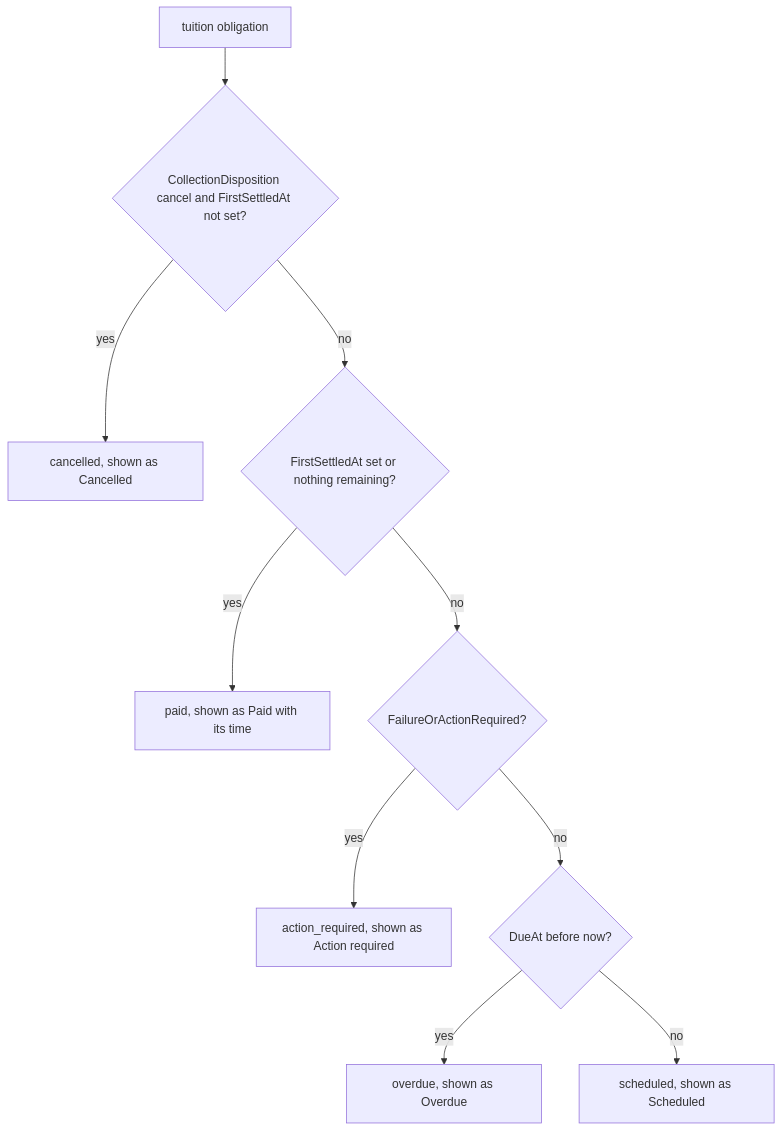
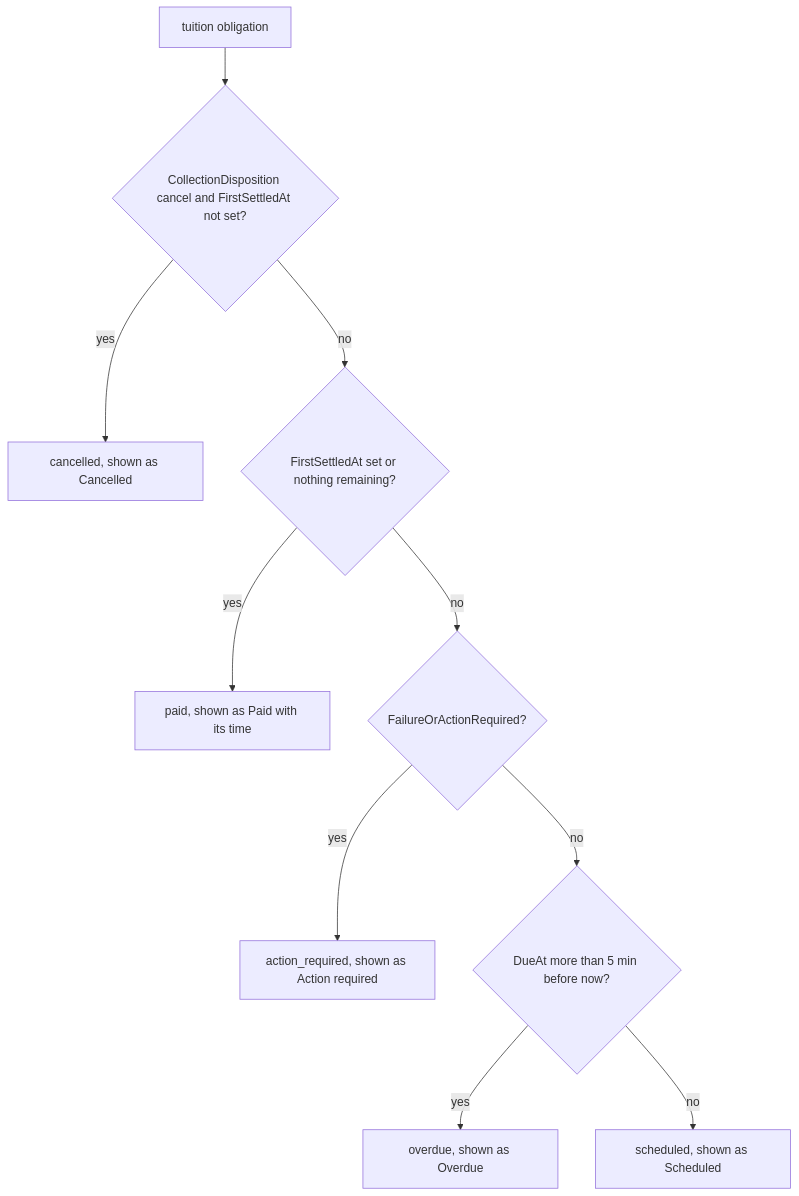
One commit to devGabriel131/ProjectHermes changed the third of 3 diagrams in docs/management/students.md. Above: the diagram before and after it, drawn with Mermaid. The commit also changed other lines of this file and 21 other files, not shown here.

First line of the commit message:
feat(billing): pay failed installments again and add an overdue grace period

````diff
--- a/docs/management/students.md
+++ b/docs/management/students.md
@@ -114,12 +114,12 @@
 ```mermaid
 flowchart TD
     Start["tuition obligation"] --> Cancelled{"CollectionDisposition cancel and FirstSettledAt not set?"}
     Cancelled -->|"yes"| CancelledStatus["cancelled, shown as Cancelled"]
     Cancelled -->|"no"| Paid{"FirstSettledAt set or nothing remaining?"}
     Paid -->|"yes"| PaidStatus["paid, shown as Paid with its time"]
     Paid -->|"no"| Failed{"FailureOrActionRequired?"}
     Failed -->|"yes"| Action["action_required, shown as Action required"]
-    Failed -->|"no"| Overdue{"DueAt before now?"}
+    Failed -->|"no"| Overdue{"DueAt more than 5 min before now?"}
     Overdue -->|"yes"| OverdueStatus["overdue, shown as Overdue"]
     Overdue -->|"no"| Scheduled["scheduled, shown as Scheduled"]
 ```
````
